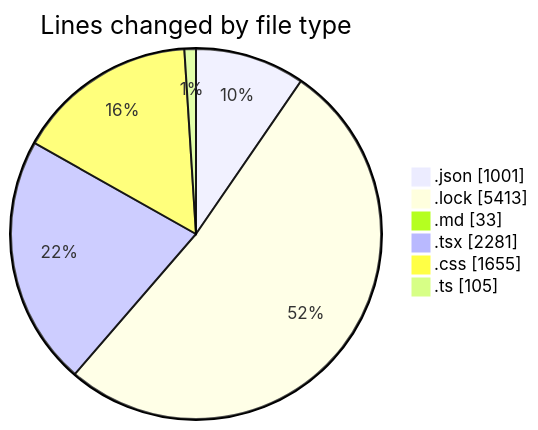
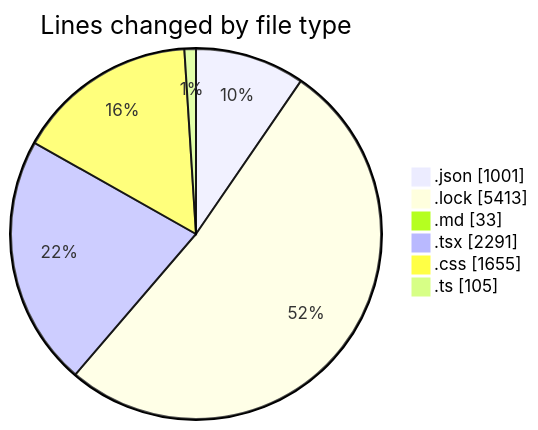
The first of 2 diagrams in 2025-08-11/ribbon/README.md (EIIisD/code-tracking), drawn with Mermaid before and after one commit. The commit also changed other lines of this file and 1 other file, not shown here.

````diff
--- a/2025-08-11/ribbon/README.md
+++ b/2025-08-11/ribbon/README.md
@@ -44,10 +44,10 @@
 ```mermaid
 pie showData
 title Lines changed by file type
 ".json" : 1001
 ".lock" : 5413
 ".md" : 33
-".tsx" : 2281
+".tsx" : 2291
 ".css" : 1655
 ".ts" : 105
 ```
````
